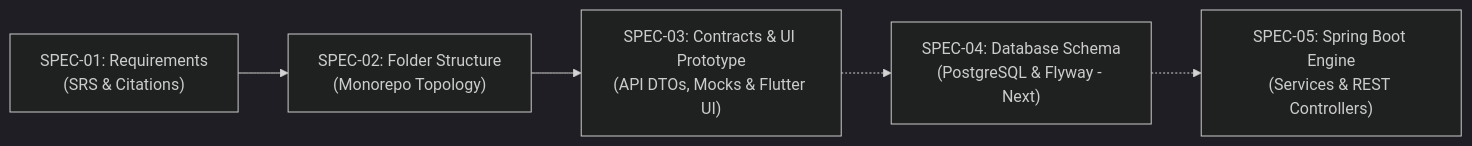
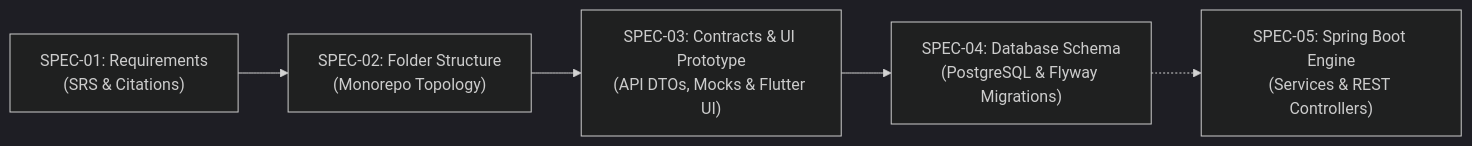
The diagram in specifications/README.md (AkmKawser/SquareHealth-VMS), drawn with Mermaid (dark theme) before and after one commit. The commit also changed other lines of this file and 5 other files, not shown here.

Commit message:
docs(step-4): document database architecture, relational schema and migration engine in docx and specifications

````diff
--- a/specifications/README.md
+++ b/specifications/README.md
@@ -19,7 +20,7 @@
 ```mermaid
 flowchart LR
     S1["SPEC-01: Requirements\n(SRS & Citations)"] --> S2["SPEC-02: Folder Structure\n(Monorepo Topology)"]
     S2 --> S3["SPEC-03: Contracts & UI Prototype\n(API DTOs, Mocks & Flutter UI)"]
-    S3 -.-> S4["SPEC-04: Database Schema\n(PostgreSQL & Flyway - Next)"]
+    S3 --> S4["SPEC-04: Database Schema\n(PostgreSQL & Flyway Migrations)"]
     S4 -.-> S5["SPEC-05: Spring Boot Engine\n(Services & REST Controllers)"]
 ```
````
